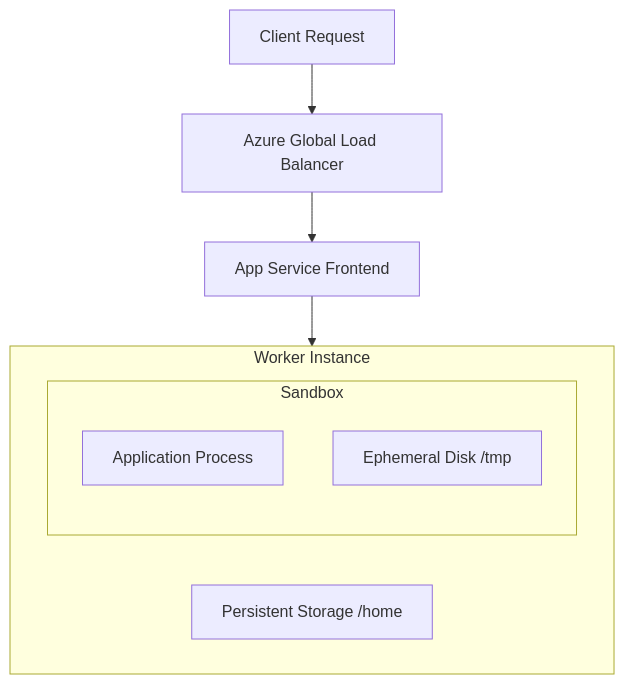
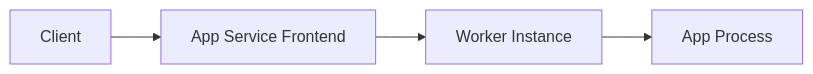
Before and after one commit to yeongseon/azure-app-service-practical-guide: the first of 8 diagrams in docs/platform/how-app-service-works.md, drawn with Mermaid. The commit also changed other lines of this file, not shown here.

First line of the commit message:
docs: rewrite how-app-service-works.md based on expert review

````diff
--- a/docs/platform/how-app-service-works.md
+++ b/docs/platform/how-app-service-works.md
@@ -20,14 +56,6 @@
 ```mermaid
-graph TD
-    Client[Client Request] --> GLB[Azure Global Load Balancer]
-    GLB --> FE[App Service Frontend]
-    FE --> Worker[Worker Instance]
-    subgraph Worker [Worker Instance]
-        Sandbox[Sandbox Environment]
-        subgraph Sandbox
-            App[Application Process]
-            Temp[Ephemeral Disk /tmp]
-        end
-        Home[Persistent Storage /home]
-    end
+graph LR
+    C[Client] --> FE[App Service Frontend]
+    FE --> W[Worker Instance]
+    W --> APP[App Process]
 ```
````
